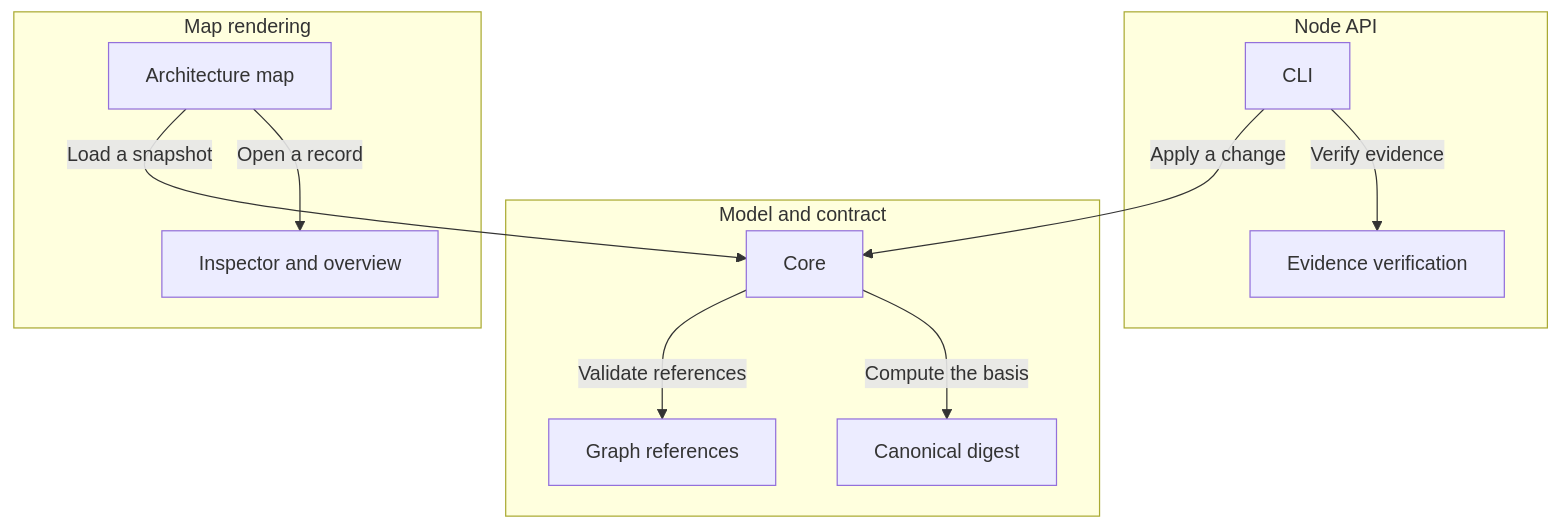
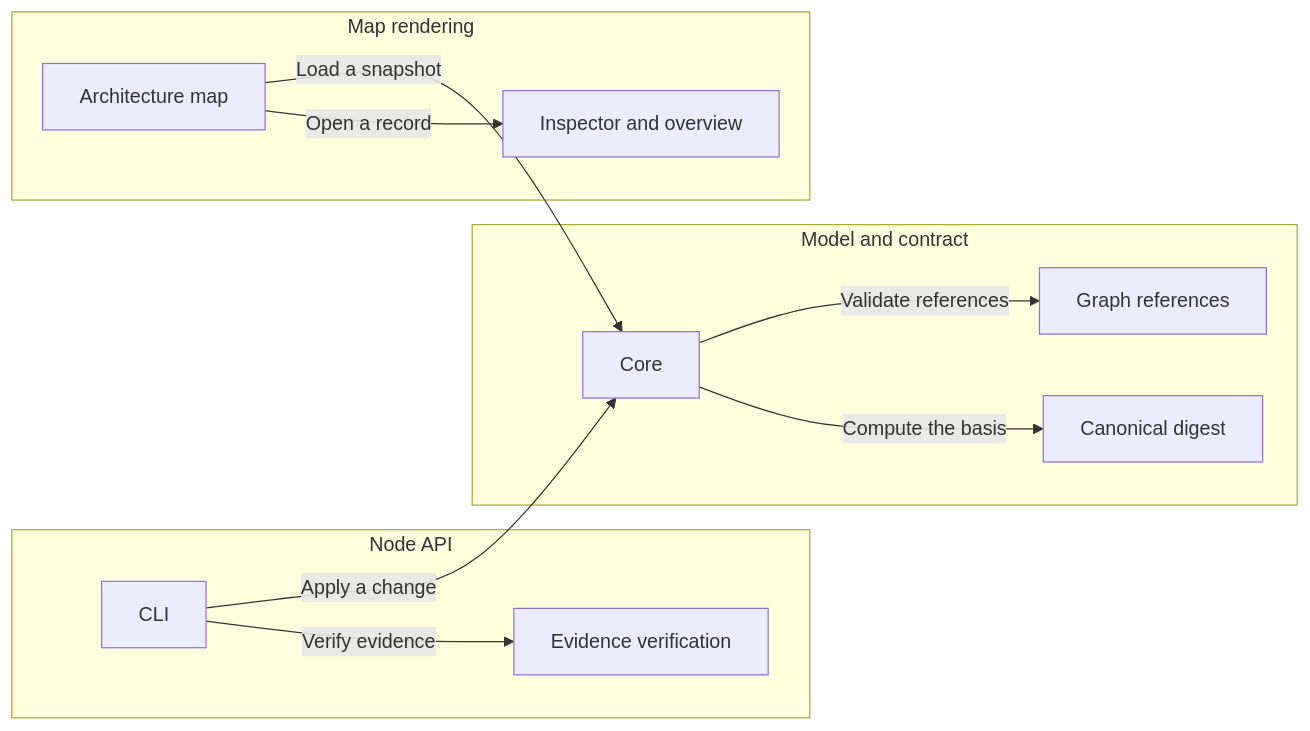
The diagram in README.md (umnick02/archivarius), drawn with Mermaid before and after one commit. The commit also changed other lines of this file and 1 other file, not shown here.

Commit message:
Lay the map out along the flow so its labels stay legible
Top-down put the three containers side by side, so the SVG came out four times
wider than tall and GitHub shrank it until the node text was unreadable.

````diff
--- a/README.md
+++ b/README.md
@@ -30,22 +30,22 @@
 ```mermaid
-flowchart TD
+flowchart LR
     subgraph c-model["Model and contract"]
         c-core["Core"]
         c-graph["Graph references"]
         c-digest["Canonical digest"]
     end
     subgraph c-node-api["Node API"]
         c-cli["CLI"]
         c-evidence["Evidence verification"]
     end
     subgraph c-render["Map rendering"]
         c-map["Architecture map"]
         c-inspector["Inspector and overview"]
     end
     c-map -->|"Load a snapshot"| c-core
     c-core -->|"Validate references"| c-graph
     c-core -->|"Compute the basis"| c-digest
     c-map -->|"Open a record"| c-inspector
     c-cli -->|"Apply a change"| c-core
     c-cli -->|"Verify evidence"| c-evidence
 ```
````
